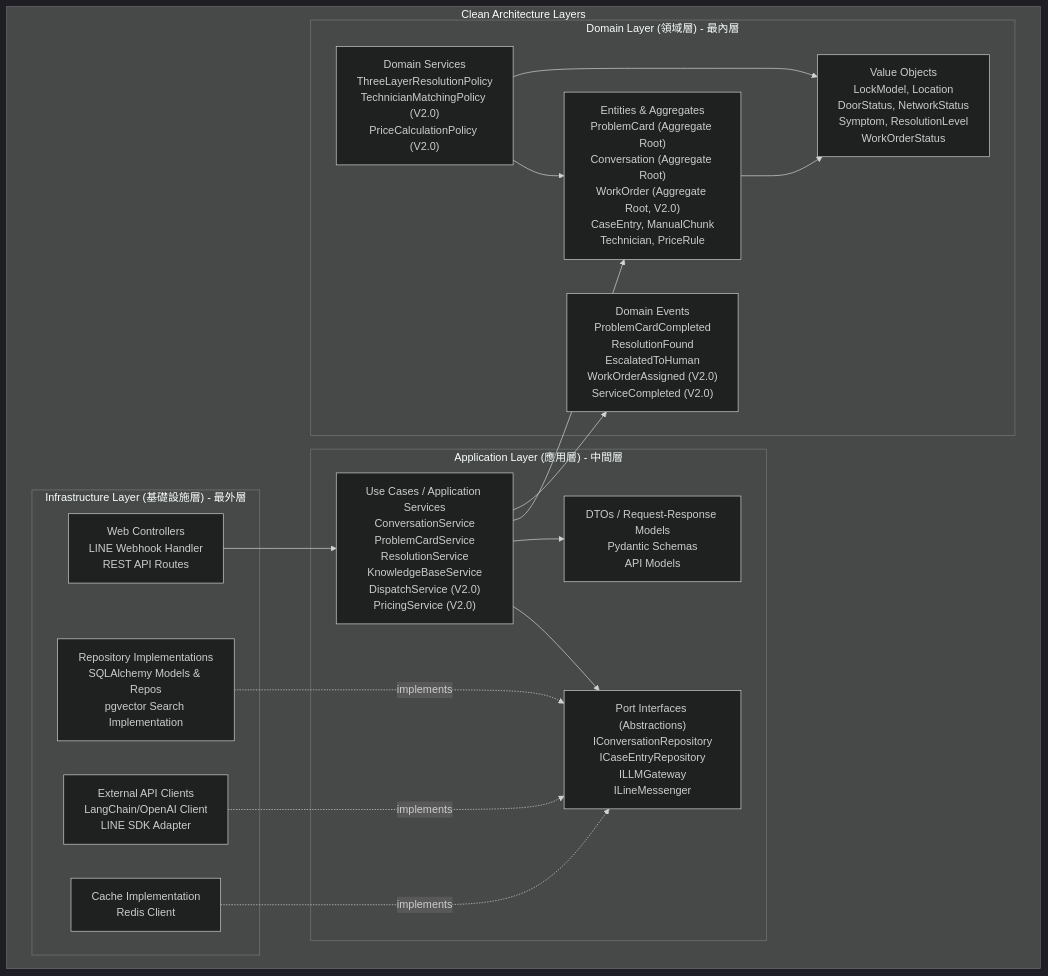
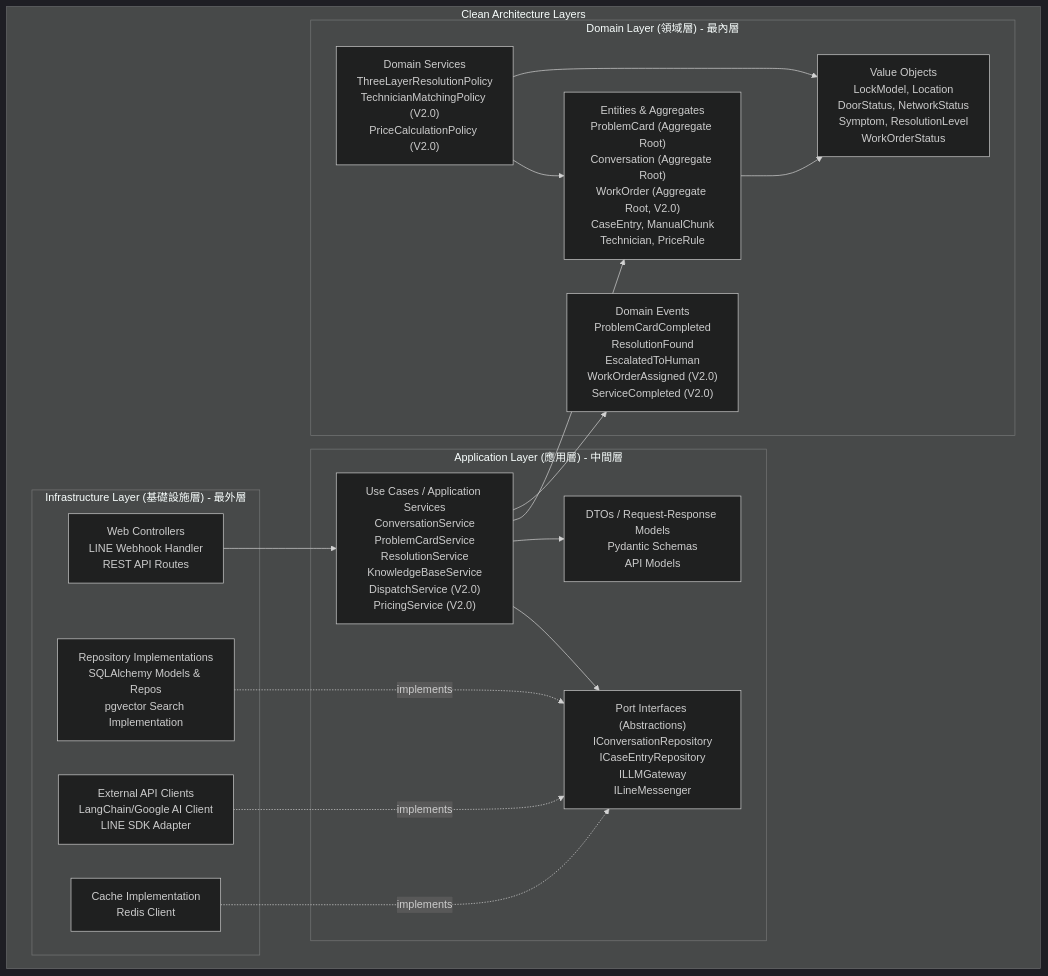
Before and after one commit to Zenobia000/Smart-Lock_AI_Support_Service_Dispatch_SaaS_Platform: the fifth of 11 diagrams in docs/05_architecture_and_design_document.md, drawn with Mermaid (dark theme). The commit also changed other lines of this file and 7 other files, not shown here.

First line of the commit message:
docs: migrate LLM provider from OpenAI GPT-4o to Google Gemini 3 Pro

````diff
--- a/docs/05_architecture_and_design_document.md
+++ b/docs/05_architecture_and_design_document.md
@@ -306,36 +306,36 @@
 ```mermaid
 graph TB
     subgraph "Clean Architecture Layers"
         subgraph "Infrastructure Layer (基礎設施層) - 最外層"
             CTRL["Web Controllers<br/>LINE Webhook Handler<br/>REST API Routes"]
             REPOIMPL["Repository Implementations<br/>SQLAlchemy Models & Repos<br/>pgvector Search Implementation"]
-            EXTAPI["External API Clients<br/>LangChain/OpenAI Client<br/>LINE SDK Adapter"]
+            EXTAPI["External API Clients<br/>LangChain/Google AI Client<br/>LINE SDK Adapter"]
             CACHE["Cache Implementation<br/>Redis Client"]
         end
 
         subgraph "Application Layer (應用層) - 中間層"
             UC["Use Cases / Application Services<br/>ConversationService<br/>ProblemCardService<br/>ResolutionService<br/>KnowledgeBaseService<br/>DispatchService (V2.0)<br/>PricingService (V2.0)"]
             DTO["DTOs / Request-Response Models<br/>Pydantic Schemas<br/>API Models"]
             IFACE["Port Interfaces (Abstractions)<br/>IConversationRepository<br/>ICaseEntryRepository<br/>ILLMGateway<br/>ILineMessenger"]
         end
 
         subgraph "Domain Layer (領域層) - 最內層"
             ENTITIES["Entities & Aggregates<br/>ProblemCard (Aggregate Root)<br/>Conversation (Aggregate Root)<br/>WorkOrder (Aggregate Root, V2.0)<br/>CaseEntry, ManualChunk<br/>Technician, PriceRule"]
             VO["Value Objects<br/>LockModel, Location<br/>DoorStatus, NetworkStatus<br/>Symptom, ResolutionLevel<br/>WorkOrderStatus"]
             DE["Domain Events<br/>ProblemCardCompleted<br/>ResolutionFound<br/>EscalatedToHuman<br/>WorkOrderAssigned (V2.0)<br/>ServiceCompleted (V2.0)"]
             DS["Domain Services<br/>ThreeLayerResolutionPolicy<br/>TechnicianMatchingPolicy (V2.0)<br/>PriceCalculationPolicy (V2.0)"]
         end
     end
 
     CTRL --> UC
     REPOIMPL -.->|implements| IFACE
     EXTAPI -.->|implements| IFACE
     CACHE -.->|implements| IFACE
     UC --> IFACE
     UC --> DTO
     UC --> ENTITIES
     UC --> DE
     ENTITIES --> VO
     DS --> ENTITIES
     DS --> VO
 ```
````
